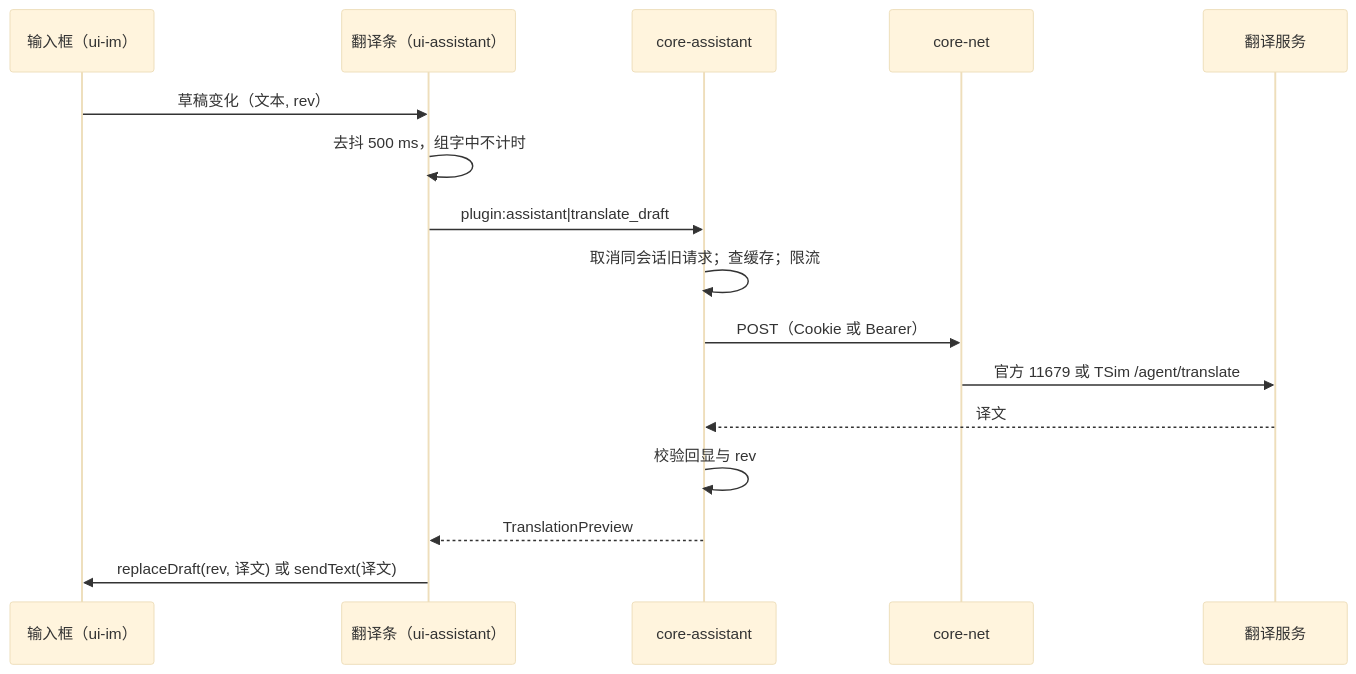
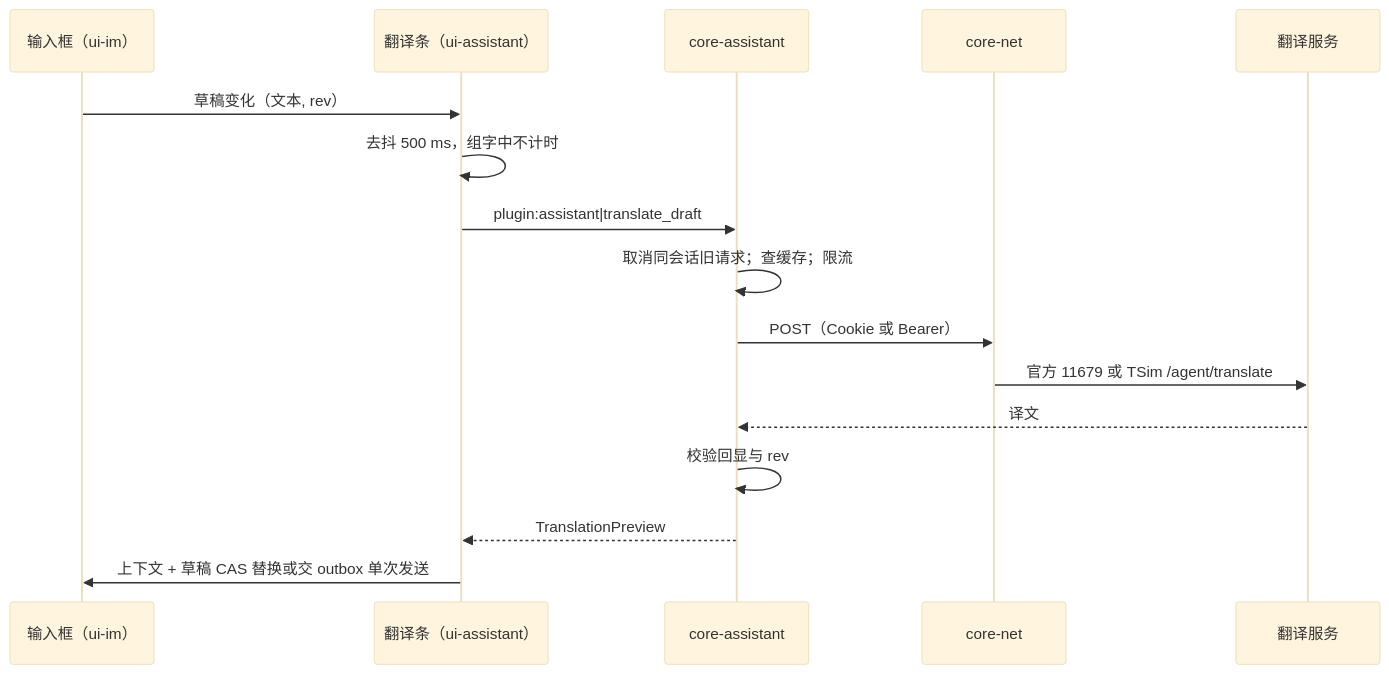
The diagram in docs/dev/09-assistant.md (meruchan0623/Ctrip-vbk-refact), drawn with Mermaid (base theme) before and after one commit. The commit also changed other lines of this file and 31 other files, not shown here.

First line of the commit message:
Update architecture plans from final review

````diff
--- a/docs/dev/09-assistant.md
+++ b/docs/dev/09-assistant.md
@@ -290,18 +297,18 @@
 ```mermaid
 sequenceDiagram
   participant U as 输入框（ui-im）
   participant A as 翻译条（ui-assistant）
   participant C as core-assistant
   participant N as core-net
   participant S as 翻译服务
   U->>A: 草稿变化（文本, rev）
   A->>A: 去抖 500 ms，组字中不计时
   A->>C: plugin:assistant|translate_draft
   C->>C: 取消同会话旧请求；查缓存；限流
   C->>N: POST（Cookie 或 Bearer）
   N->>S: 官方 11679 或 TSim /agent/translate
   S-->>C: 译文
   C->>C: 校验回显与 rev
   C-->>A: TranslationPreview
-  A->>U: replaceDraft(rev, 译文) 或 sendText(译文)
+  A->>U: 上下文 + 草稿 CAS 替换或交 outbox 单次发送
 ```
````
